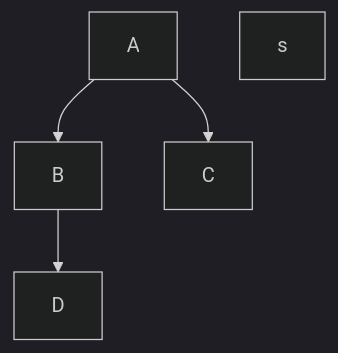
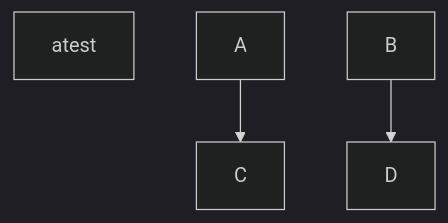
The first of 2 diagrams in README.md (yellowrook1/yellowrook1), drawn with Mermaid (dark theme) before and after one commit.

````diff
--- a/README.md
+++ b/README.md
@@ -4,7 +4,7 @@
 ```mermaid
   graph TD;
-      A-->B;s
+atest
       A-->C;
       B-->D;
       
 ```
````
